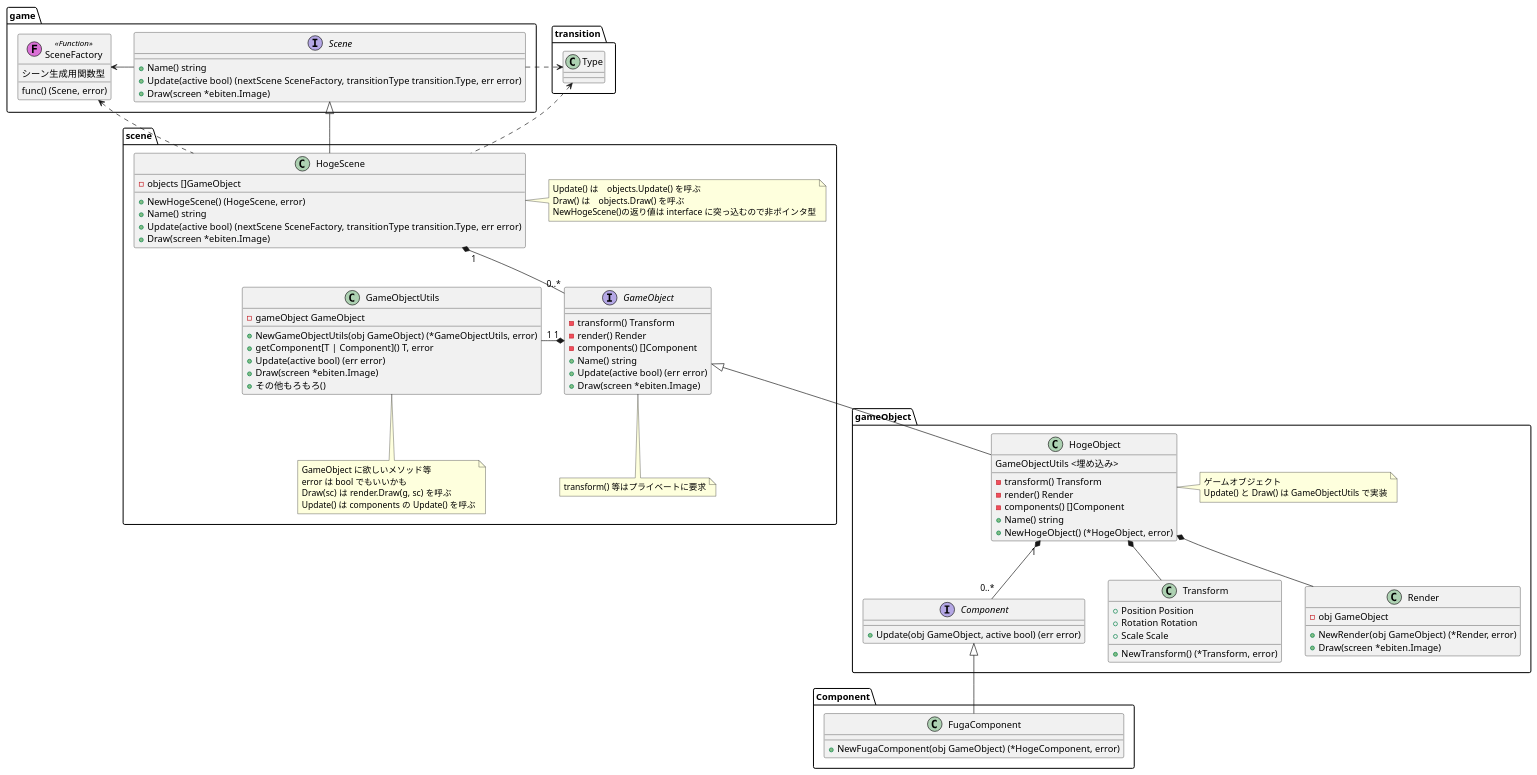
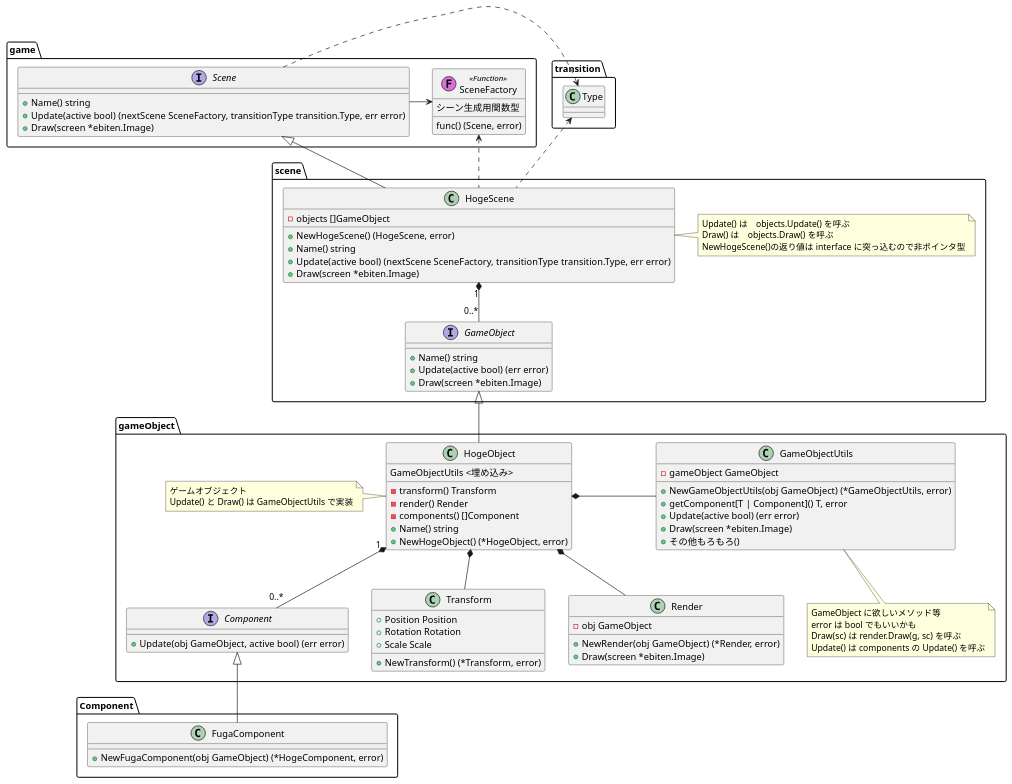
Before and after one commit to kmc-jp/Gamedev_Tempura-of-p--Phenylazo-phenol: the diagram in Docs/Scene_class_diagram.puml, drawn with PlantUML.

Commit message:
GameObject と Component の間の循環参照を解消

```diff
--- a/Docs/Scene_class_diagram.puml
+++ b/Docs/Scene_class_diagram.puml
@@ -1,107 +1,101 @@
 @startuml Scene_class_diagram
 
 package transition {
     class Type{}
 }
 
 package game {
     interface Scene {
         + Name() string
         + Update(active bool) (nextScene SceneFactory, transitionType transition.Type, err error)
         + Draw(screen *ebiten.Image)
     }
 
     class SceneFactory << (F,orchid) Function >> {
         シーン生成用関数型
         func() (Scene, error)
     }
 
     Scene --right--> SceneFactory
     Scene .right.> transition.Type
 }
 
 package scene {
     class HogeScene {
         - objects []GameObject
         + NewHogeScene() (HogeScene, error)
         + Name() string
         + Update(active bool) (nextScene SceneFactory, transitionType transition.Type, err error)
         + Draw(screen *ebiten.Image)
     }
     note right of HogeScene : Update() は　objects.Update() を呼ぶ\nDraw() は　objects.Draw() を呼ぶ\nNewHogeScene()の返り値は interface に突っ込むので非ポインタ型
 
     HogeScene -up-|> game.Scene
     HogeScene ..left..> game.SceneFactory
     HogeScene .up.> transition.Type
 
 
     HogeScene "1" *-- "0..*" GameObject
 
     interface GameObject {
+        + Name() string
+        + Update(active bool) (err error)
+        + Draw(screen *ebiten.Image)
+    }
+}
+
+package gameObject {
+    class HogeObject {
+        GameObjectUtils <埋め込み>
         - transform() Transform
         - render() Render
         - components() []Component
         + Name() string
-        + Update(active bool) (err error)
-        + Draw(screen *ebiten.Image)
+        + NewHogeObject() (*HogeObject, error)
     }
-    note bottom of GameObject : transform() 等はプライベートに要求
+    note left of HogeObject : ゲームオブジェクト\nUpdate() と Draw() は GameObjectUtils で実装
 
     class GameObjectUtils {
         - gameObject GameObject
         + NewGameObjectUtils(obj GameObject) (*GameObjectUtils, error)
         + getComponent[T | Component]() T, error
         + Update(active bool) (err error)
         + Draw(screen *ebiten.Image)
         + その他もろもろ()
     }
     note bottom of GameObjectUtils : GameObject に欲しいメソッド等\nerror は bool でもいいかも\nDraw(sc) は render.Draw(g, sc) を呼ぶ\nUpdate() は components の Update() を呼ぶ
 
-    GameObject "1" *- "1" GameObjectUtils
-
-}
-
-package gameObject {
-    class HogeObject {
-        GameObjectUtils <埋め込み>
-        - transform() Transform
-        - render() Render
-        - components() []Component
-        + Name() string
-        + NewHogeObject() (*HogeObject, error)
-    }
-    note right of HogeObject : ゲームオブジェクト\nUpdate() と Draw() は GameObjectUtils で実装
-
+    HogeObject *- GameObjectUtils
 
     HogeObject -up-|> scene.GameObject
     HogeObject *-- Transform
     HogeObject *-- Render
 
     HogeObject "1" *-- "0..*" Component
 
     class Transform {
         + Position Position
         + Rotation Rotation
         + Scale Scale
         + NewTransform() (*Transform, error)
     }
 
     class Render {
         - obj GameObject
         + NewRender(obj GameObject) (*Render, error)
         + Draw(screen *ebiten.Image)
     }
 
     interface Component {
         + Update(obj GameObject, active bool) (err error)
     }
 }
 
 package Component {
     class FugaComponent {
         + NewFugaComponent(obj GameObject) (*HogeComponent, error)
     }
 
     FugaComponent -up-|> gameObject.Component
 }
 @enduml
```
